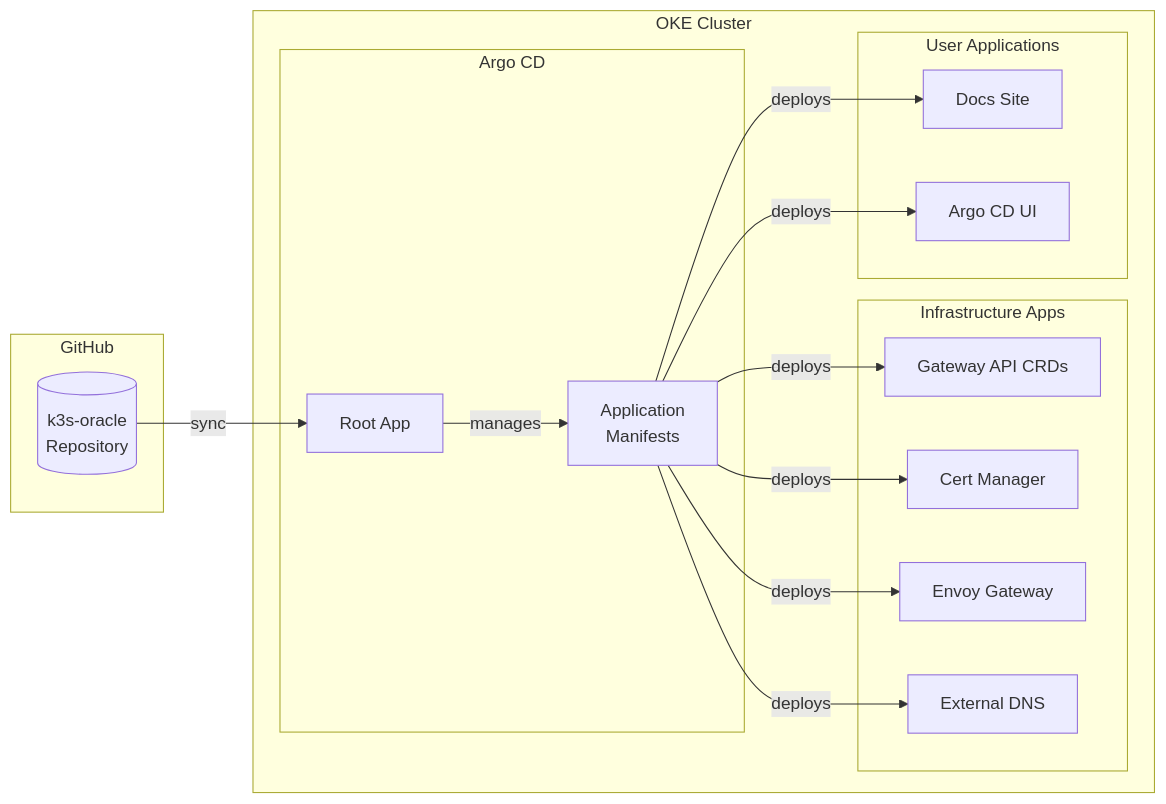
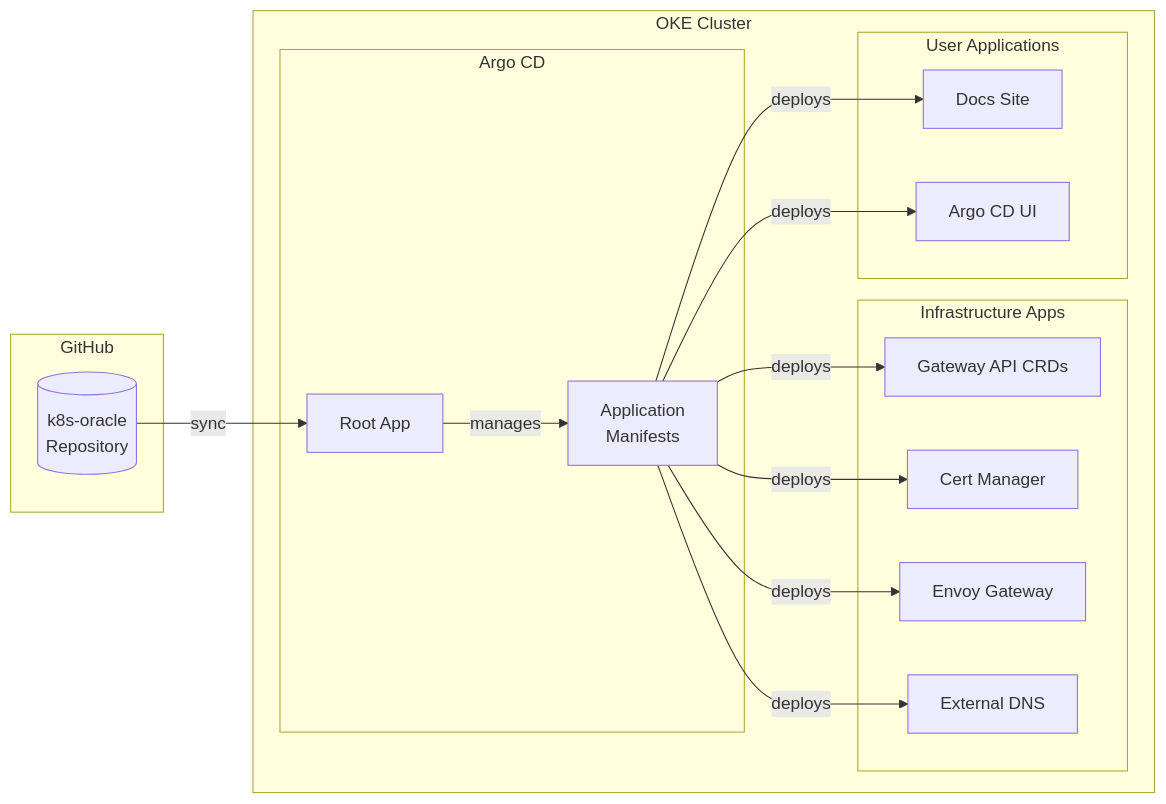
Before and after one commit to nsudhanva/k8s-oracle: the third of 5 diagrams in docs/src/content/docs/architecture/overview.md, drawn with Mermaid. The commit also changed 5 other files, not shown here.

Commit message:
fix: update repository references from k3s-oracle to k8s-oracle in documentation

````diff
--- a/docs/src/content/docs/architecture/overview.md
+++ b/docs/src/content/docs/architecture/overview.md
@@ -91,34 +91,34 @@
 ```mermaid
 flowchart LR
     subgraph GitHub
-        Repo[(k3s-oracle<br/>Repository)]
+        Repo[(k8s-oracle<br/>Repository)]
     end
 
     subgraph Cluster["OKE Cluster"]
         subgraph ArgoCD["Argo CD"]
             Root[Root App]
             Apps[Application<br/>Manifests]
         end
 
         subgraph Infra["Infrastructure Apps"]
             CRDs[Gateway API CRDs]
             CM[Cert Manager]
             EG[Envoy Gateway]
             ED[External DNS]
         end
 
         subgraph UserApps["User Applications"]
             Docs[Docs Site]
             ArgoUI[Argo CD UI]
         end
     end
 
     Repo -->|sync| Root
     Root -->|manages| Apps
     Apps -->|deploys| CRDs
     Apps -->|deploys| CM
     Apps -->|deploys| EG
     Apps -->|deploys| ED
     Apps -->|deploys| Docs
     Apps -->|deploys| ArgoUI
 ```
````
